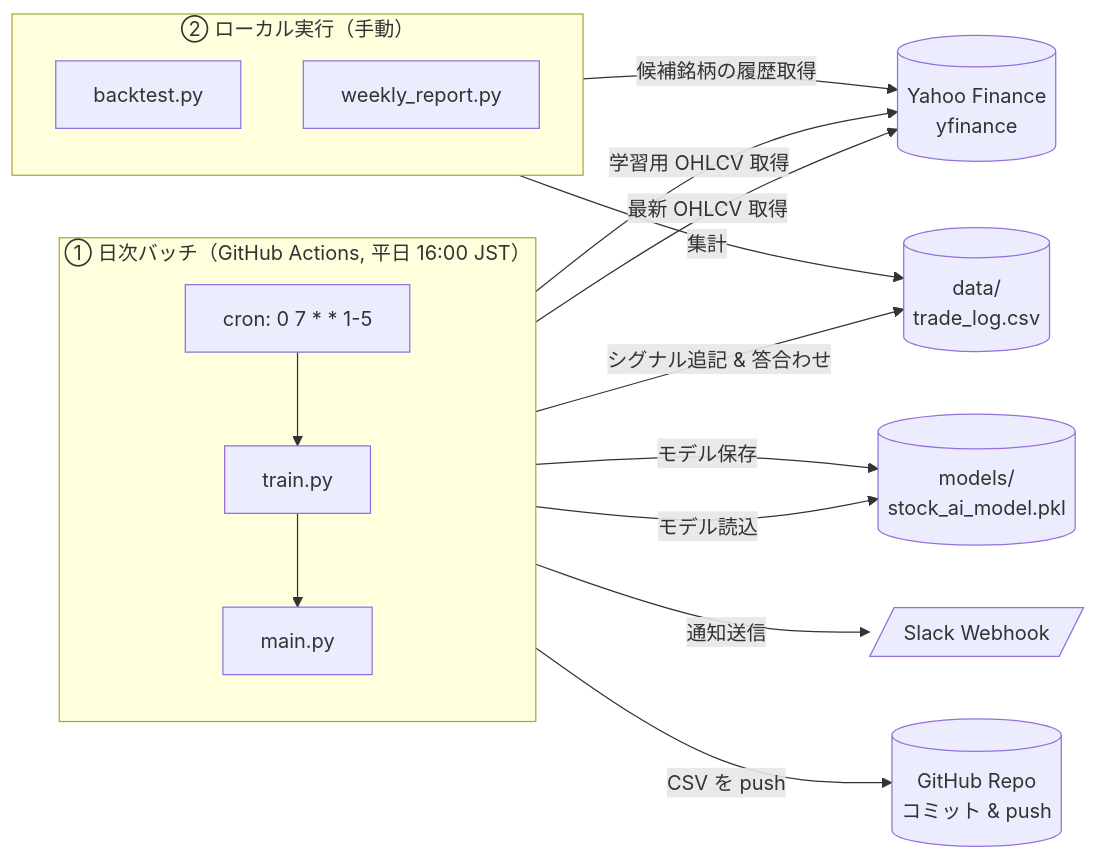
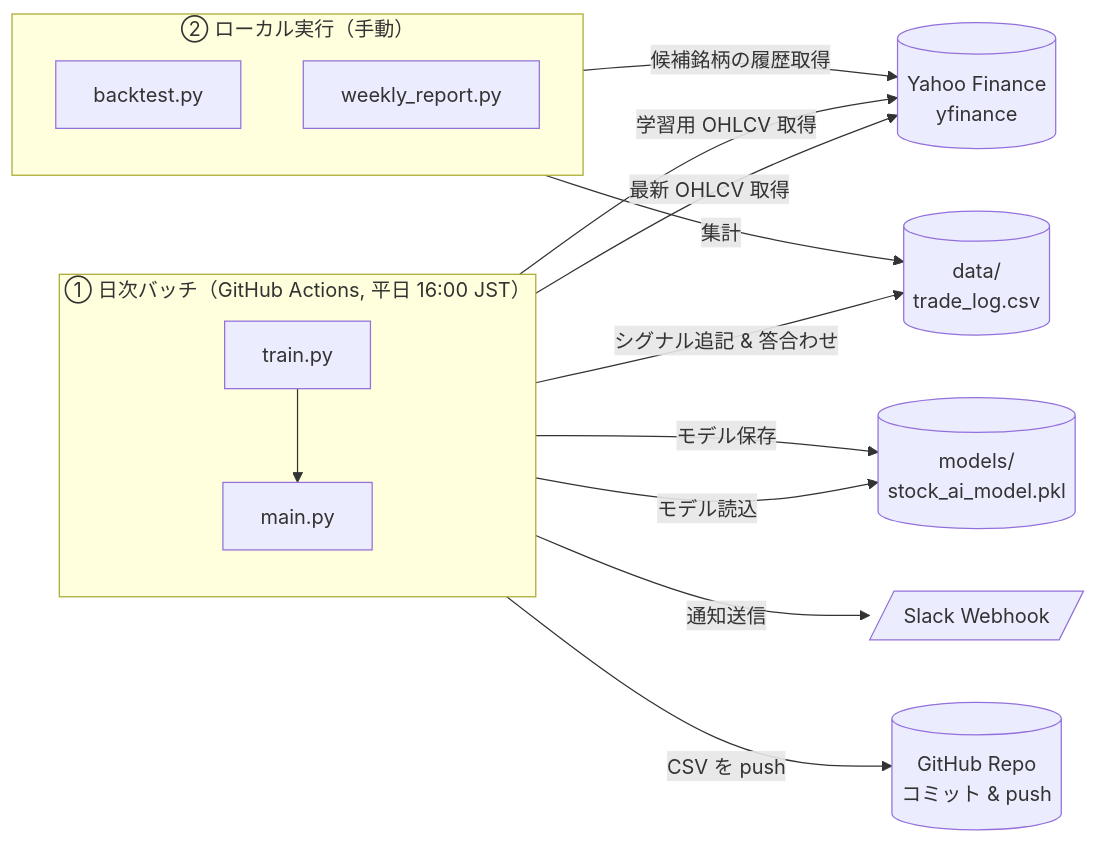
Before and after one commit to ta1k1-arakawa/stock-analyzer: the first of 5 diagrams in ARCHITECTURE.md, drawn with Mermaid.

Commit message:
より分かりやすいように修正

````diff
--- a/ARCHITECTURE.md
+++ b/ARCHITECTURE.md
@@ -10,33 +10,32 @@
 ```mermaid
 flowchart LR
     subgraph Batch["① 日次バッチ（GitHub Actions, 平日 16:00 JST）"]
         direction TB
-        Cron[cron: 0 7 * * 1-5]
         Train[train.py]
         Predict[main.py]
-        Cron --> Train --> Predict
+        Train --> Predict
     end
 
     subgraph Local["② ローカル実行（手動）"]
         direction TB
         BT[backtest.py]
         WR[weekly_report.py]
     end
 
     YF[(Yahoo Finance<br/>yfinance)]
     Model[(models/<br/>stock_ai_model.pkl)]
     Log[(data/<br/>trade_log.csv)]
     Slack[/Slack Webhook/]
     Repo[(GitHub Repo<br/>コミット & push)]
 
     Train -->|学習用 OHLCV 取得| YF
     Train -->|モデル保存| Model
     Predict -->|最新 OHLCV 取得| YF
     Predict -->|モデル読込| Model
     Predict -->|シグナル追記 & 答合わせ| Log
     Predict -->|通知送信| Slack
     Predict -->|CSV を push| Repo
 
     BT -->|候補銘柄の履歴取得| YF
     WR -->|集計| Log
 ```
````
